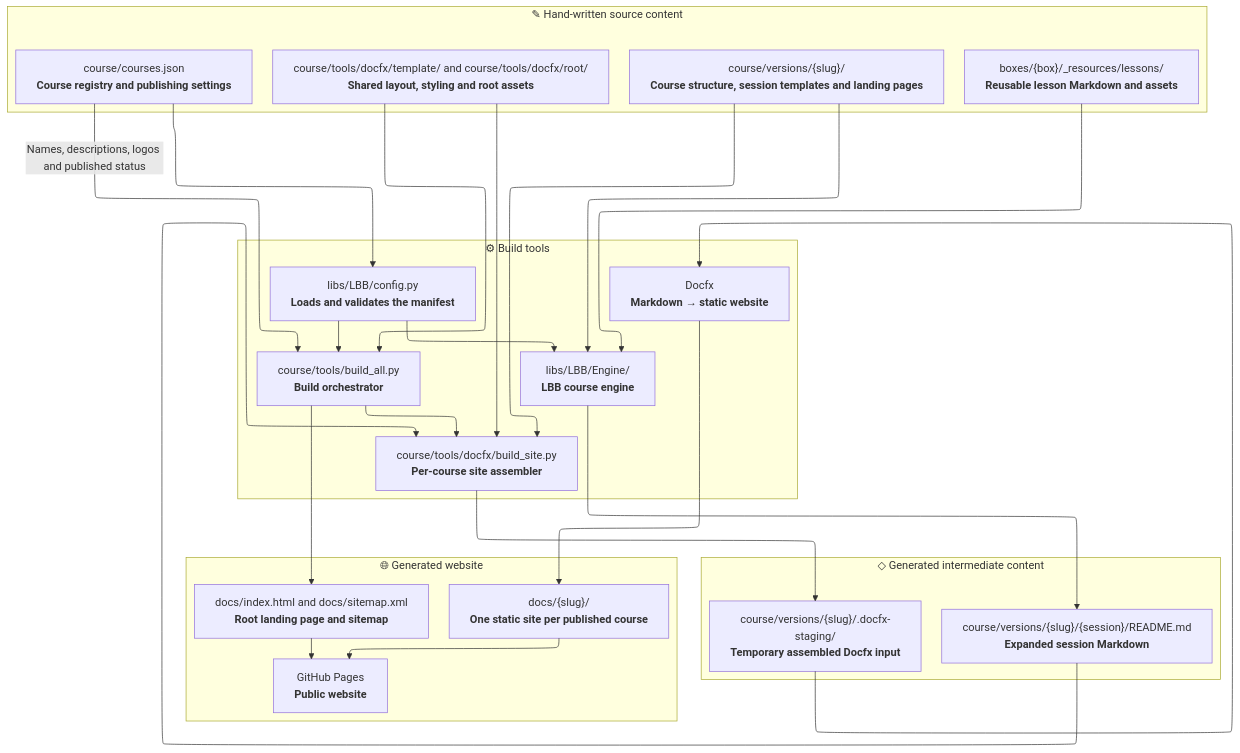
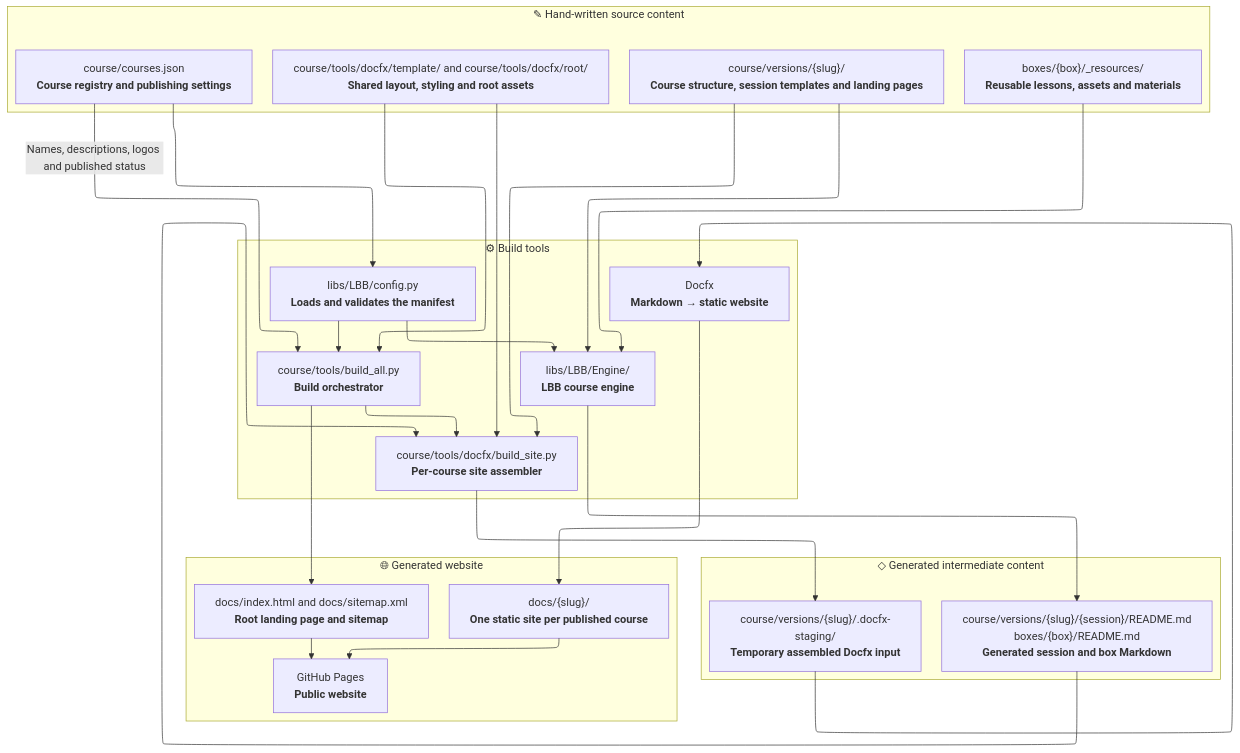
One commit to NoBlackBoxes/LastBlackBox changed the first of 2 diagrams in course/tools/docfx/README.md. Above: the diagram before and after it, drawn with Mermaid. The commit also changed other lines of this file and 11 other files, not shown here.

````diff
--- a/course/tools/docfx/README.md
+++ b/course/tools/docfx/README.md
@@ -12,81 +12,82 @@
 ```mermaid
 ---
 config:
   layout: elk
   markdownAutoWrap: false
 ---
 flowchart TD
     subgraph sources["✎ Hand-written source content"]
         manifest["`course/courses.json
 **Course registry and publishing settings**`"]
 
         versions["`course/versions/{slug}/
 **Course structure, session templates and landing pages**`"]
 
-        boxes["`boxes/{box}/_resources/lessons/
-**Reusable lesson Markdown and assets**`"]
+        boxes["`boxes/{box}/_resources/
+**Reusable lessons, assets and materials**`"]
 
         theme["`course/tools/docfx/template/ and course/tools/docfx/root/
 **Shared layout, styling and root assets**`"]
     end
 
     subgraph generation["⚙︎ Build tools"]
         config["`libs/LBB/config.py
 **Loads and validates the manifest**`"]
 
         orchestrator["`course/tools/build_all.py
 **Build orchestrator**`"]
 
         engine["`libs/LBB/Engine/
 **LBB course engine**`"]
 
         site_builder["`course/tools/docfx/build_site.py
 **Per-course site assembler**`"]
 
         docfx["`Docfx
 **Markdown → static website**`"]
     end
 
     subgraph intermediate["◇ Generated intermediate content"]
         readmes["`course/versions/{slug}/{session}/README.md
-**Expanded session Markdown**`"]
+boxes/{box}/README.md
+**Generated session and box Markdown**`"]
 
         staging["`course/versions/{slug}/.docfx-staging/
 **Temporary assembled Docfx input**`"]
     end
 
     subgraph output["🌐︎ Generated website"]
         course_sites["`docs/{slug}/
 **One static site per published course**`"]
 
         landing["`docs/index.html and docs/sitemap.xml
 **Root landing page and sitemap**`"]
 
         pages["`GitHub Pages
 **Public website**`"]
     end
 
     manifest --> config
     config --> orchestrator
     config --> engine
 
     versions --> engine
     boxes --> engine
     engine --> readmes
 
     orchestrator --> site_builder
     readmes --> site_builder
     versions --> site_builder
     theme --> site_builder
 
     site_builder --> staging
     staging --> docfx
     docfx --> course_sites
 
     manifest -->|"Names, descriptions, logos and published status"| orchestrator
     theme --> orchestrator
     orchestrator --> landing
 
     course_sites --> pages
     landing --> pages
 ```
````
